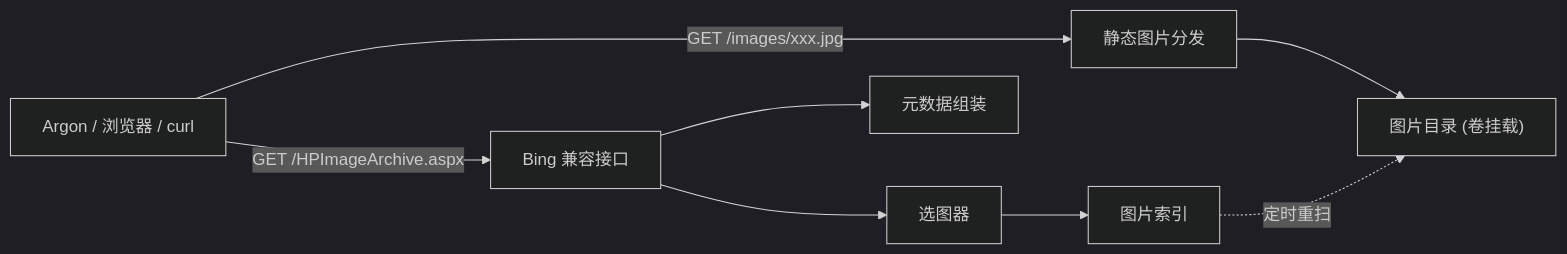
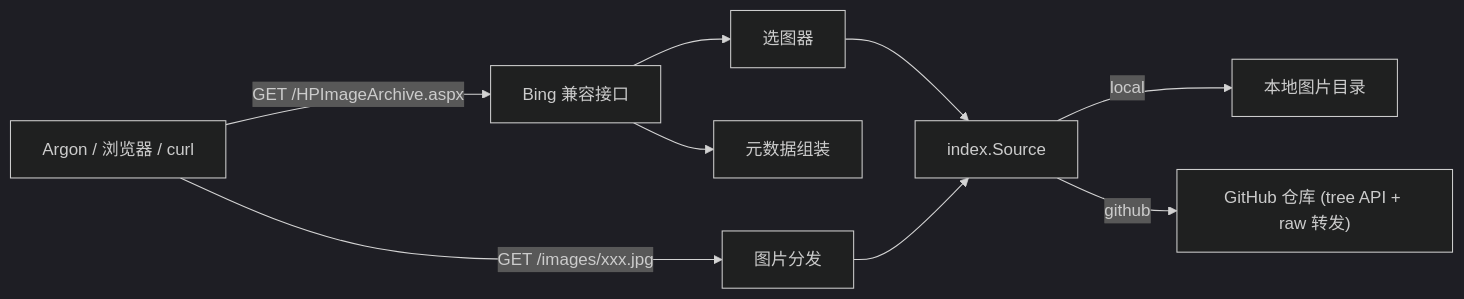
The first of 4 diagrams in .monkeycode/specs/2026-09-30-wallpaper-api/design.md (MinimaxFlora/WallpaperHub), drawn with Mermaid (dark theme) before and after one commit. The commit also changed other lines of this file and 16 other files, not shown here.

First line of the commit message:
feat: serve wallpapers from a GitHub repository

````diff
--- a/.monkeycode/specs/2026-09-30-wallpaper-api/design.md
+++ b/.monkeycode/specs/2026-09-30-wallpaper-api/design.md
@@ -24,10 +26,11 @@
 ```mermaid
 graph LR
     Client["Argon / 浏览器 / curl"] -->|"GET /HPImageArchive.aspx"| API["Bing 兼容接口"]
-    Client -->|"GET /images/xxx.jpg"| Static["静态图片分发"]
+    Client -->|"GET /images/xxx.jpg"| Static["图片分发"]
     API --> Selector["选图器"]
-    Selector --> Index["图片索引"]
-    Static --> FS["图片目录 (卷挂载)"]
-    Index -. "定时重扫" .-> FS
+    Selector --> Source["index.Source"]
+    Static --> Source
+    Source -->|"local"| FS["本地图片目录"]
+    Source -->|"github"| GH["GitHub 仓库 (tree API + raw 转发)"]
     API --> Meta["元数据组装"]
 ```
````
